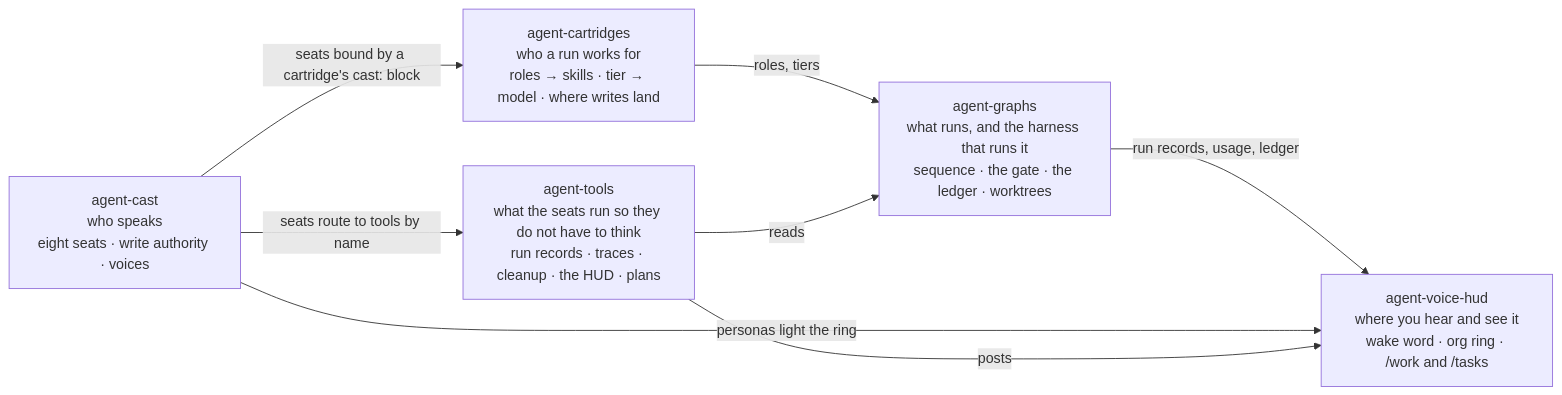
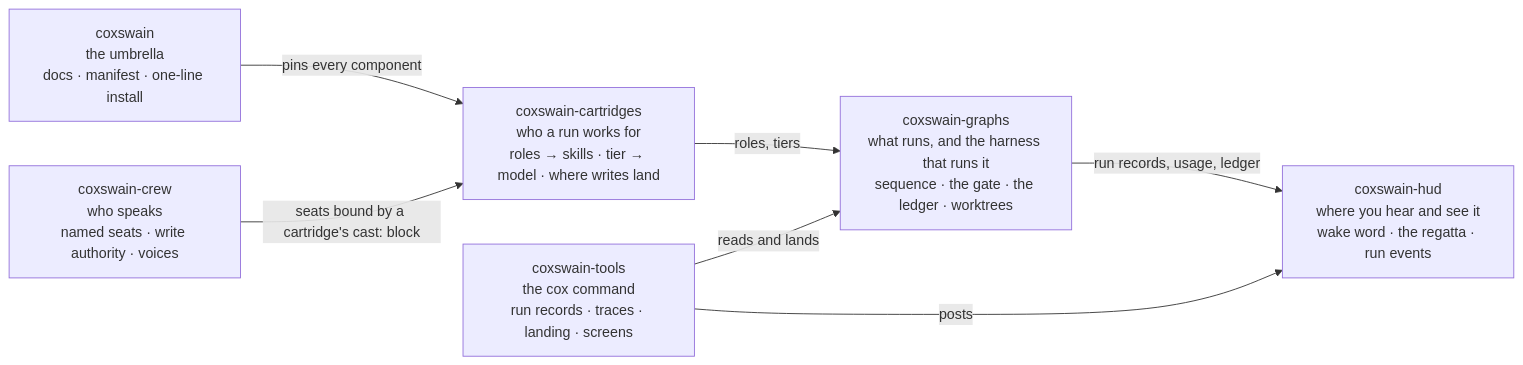
Before and after one commit to ppfenning/ppfenning: the diagram in README.md, drawn with Mermaid. The commit also changed other lines of this file, not shown here.

First line of the commit message:
README: Coxswain, not the pre-rename agent-* flows; docs linked directly

````diff
--- a/README.md
+++ b/README.md
@@ -15,15 +37,15 @@
 ```mermaid
 flowchart LR
-    CART["agent-cartridges<br/>who a run works for<br/>roles → skills · tier → model · where writes land"]
-    GRAPHS["agent-graphs<br/>what runs, and the harness that runs it<br/>sequence · the gate · the ledger · worktrees"]
-    CAST["agent-cast<br/>who speaks<br/>eight seats · write authority · voices"]
-    HUD["agent-voice-hud<br/>where you hear and see it<br/>wake word · org ring · /work and /tasks"]
-    TOOLS["agent-tools<br/>what the seats run so they do not have to think<br/>run records · traces · cleanup · the HUD · plans"]
+    UMB["coxswain<br/>the umbrella<br/>docs · manifest · one-line install"]
+    CART["coxswain-cartridges<br/>who a run works for<br/>roles → skills · tier → model · where writes land"]
+    GRAPHS["coxswain-graphs<br/>what runs, and the harness that runs it<br/>sequence · the gate · the ledger · worktrees"]
+    CREW["coxswain-crew<br/>who speaks<br/>named seats · write authority · voices"]
+    HUD["coxswain-hud<br/>where you hear and see it<br/>wake word · the regatta · run events"]
+    TOOLS["coxswain-tools<br/>the cox command<br/>run records · traces · landing · screens"]
+    UMB -- "pins every component" --> CART
     CART -- "roles, tiers" --> GRAPHS
-    CAST -- "seats bound by a cartridge's cast: block" --> CART
+    CREW -- "seats bound by a cartridge's cast: block" --> CART
     GRAPHS -- "run records, usage, ledger" --> HUD
-    CAST -- "personas light the ring" --> HUD
-    TOOLS -- "reads" --> GRAPHS
+    TOOLS -- "reads and lands" --> GRAPHS
     TOOLS -- "posts" --> HUD
-    CAST -- "seats route to tools by name" --> TOOLS
 ```
````
